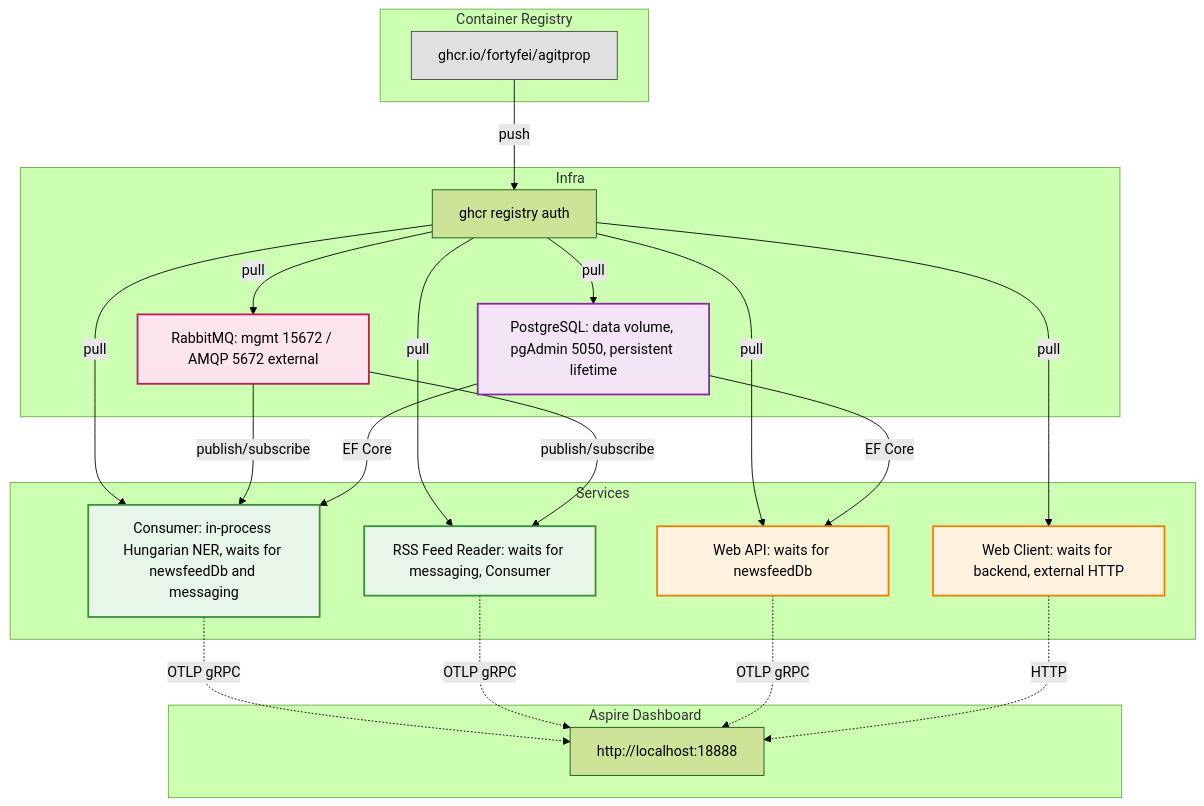
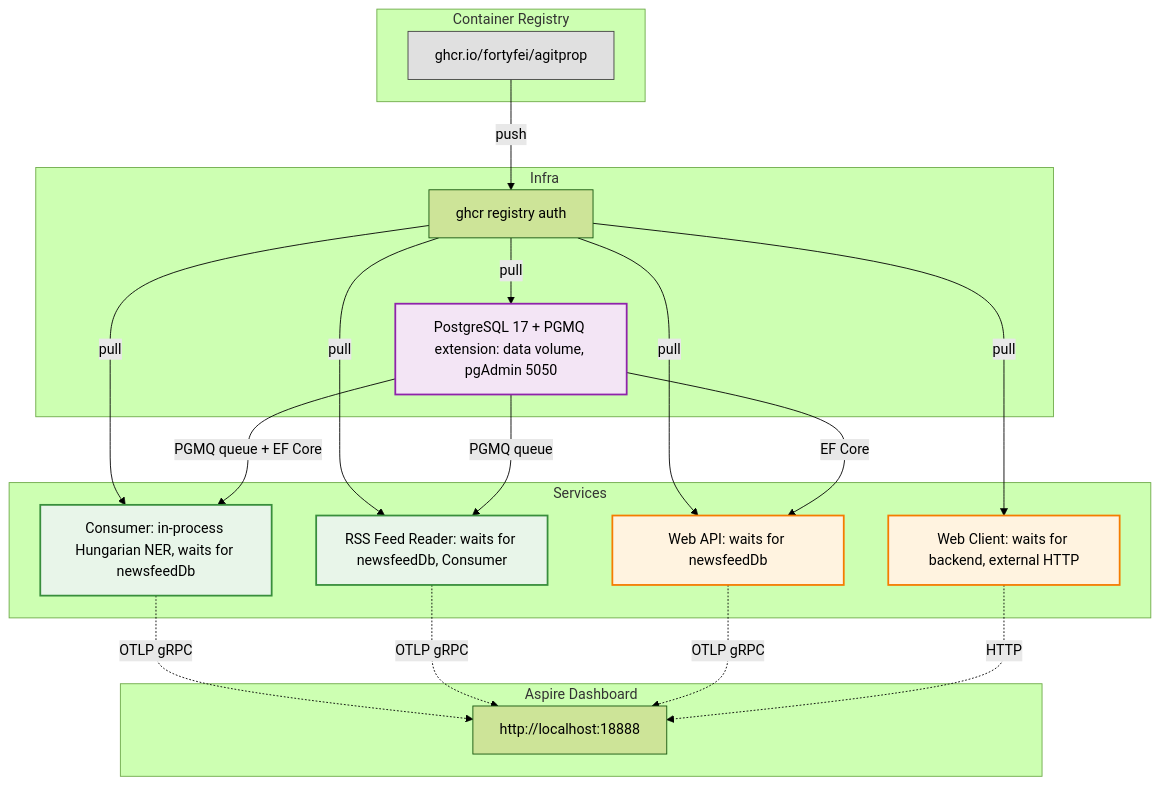
One commit to Fortyfei/AgitpropScraper changed the diagram in .docs/architecture.md. Above: the diagram before and after it, drawn with Mermaid (forest theme). The commit also changed other lines of this file and 39 other files, not shown here.

````diff
--- a/.docs/architecture.md
+++ b/.docs/architecture.md
@@ -14,52 +14,48 @@
 ```mermaid
 flowchart TB
     subgraph "Container Registry"
         REG[ghcr.io/fortyfei/agitprop]
     end
 
     subgraph "Aspire Dashboard"
         DIAG[http://localhost:18888]
     end
 
     %% Infrastructure
     subgraph "Infra"
         REG1[ghcr registry auth]
-        RABBIT[RabbitMQ: mgmt 15672 / AMQP 5672 external]
-        PG[PostgreSQL: data volume, pgAdmin 5050, persistent lifetime]
+        PG[PostgreSQL 17 + PGMQ extension: data volume, pgAdmin 5050]
     end
 
     %% Services
     subgraph "Services"
-        CON[Consumer: in-process Hungarian NER, waits for newsfeedDb and messaging]
-        RSS[RSS Feed Reader: waits for messaging, Consumer]
+        CON[Consumer: in-process Hungarian NER, waits for newsfeedDb]
+        RSS[RSS Feed Reader: waits for newsfeedDb, Consumer]
         WEB_API[Web API: waits for newsfeedDb]
         WEB_CL[Web Client: waits for backend, external HTTP]
     end
 
     %% Connections
     REG -->|push| REG1
-    REG1 -->|pull| RABBIT
     REG1 -->|pull| PG
     REG1 -->|pull| CON
     REG1 -->|pull| RSS
     REG1 -->|pull| WEB_API
     REG1 -->|pull| WEB_CL
 
-    RABBIT -->|publish/subscribe| CON
-    RABBIT -->|publish/subscribe| RSS
-    PG -->|EF Core| CON
+    PG -->|PGMQ queue + EF Core| CON
+    PG -->|PGMQ queue| RSS
     PG -->|EF Core| WEB_API
 
     CON -.->|OTLP gRPC| DIAG
     RSS -.->|OTLP gRPC| DIAG
     WEB_API -.->|OTLP gRPC| DIAG
     WEB_CL -.->|HTTP| DIAG
 
     style CON fill:#e8f5e9,stroke:#388e3c,stroke-width:2px
     style RSS fill:#e8f5e9,stroke:#388e3c,stroke-width:2px
     style WEB_API fill:#fff3e0,stroke:#f57c00,stroke-width:2px
     style WEB_CL fill:#fff3e0,stroke:#f57c00,stroke-width:2px
     style PG fill:#f3e5f5,stroke:#8e24aa,stroke-width:2px
-    style RABBIT fill:#fce4ec,stroke:#c2185b,stroke-width:2px
     style REG fill:#e0e0e0,stroke:#424242,stroke-width:1px
 ```
````
